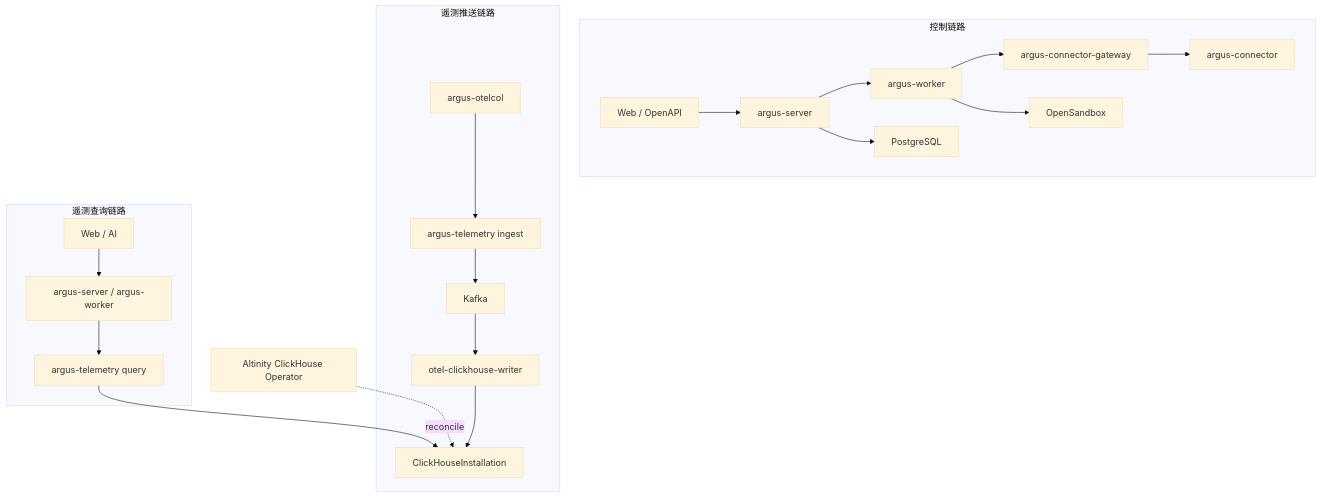
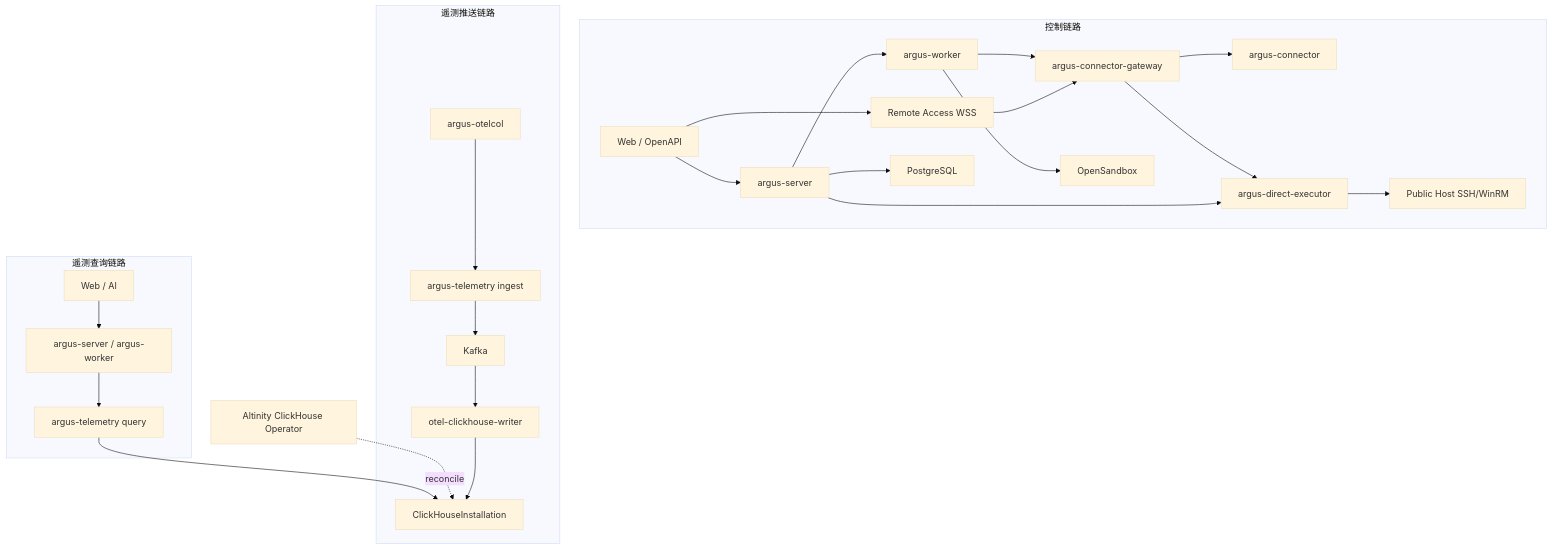
One commit to kakj-go/Argus changed the first of 2 diagrams in docs/10-service-components-and-kubernetes-deployment.md. Above: the diagram before and after it, drawn with Mermaid (base theme). The commit also changed other lines of this file and 302 other files, not shown here.

````diff
--- a/docs/10-service-components-and-kubernetes-deployment.md
+++ b/docs/10-service-components-and-kubernetes-deployment.md
@@ -75,26 +75,31 @@
 ```mermaid
 flowchart TB
     subgraph Control["控制链路"]
         Web["Web / OpenAPI"] --> Server["argus-server"]
         Server --> Worker["argus-worker"]
         Worker --> CG["argus-connector-gateway"]
         CG --> Connector["argus-connector"]
+        Web --> RA["Remote Access WSS"]
+        RA --> CG
+        CG --> DE
+        Server --> DE["argus-direct-executor"]
+        DE --> PublicHost["Public Host SSH/WinRM"]
         Worker --> OS["OpenSandbox"]
         Server --> PG["PostgreSQL"]
     end
 
     subgraph Ingestion["遥测推送链路"]
         OTel["argus-otelcol"] --> TI["argus-telemetry ingest"]
         TI --> Kafka["Kafka"]
         Kafka --> Writer["otel-clickhouse-writer"]
         Writer --> CH["ClickHouseInstallation"]
     end
 
     subgraph Query["遥测查询链路"]
         WebAI["Web / AI"] --> SQ["argus-server / argus-worker"]
         SQ --> TQ["argus-telemetry query"]
         TQ --> CH
     end
 
     Operator["Altinity ClickHouse Operator"] -. reconcile .-> CH
 ```
````
